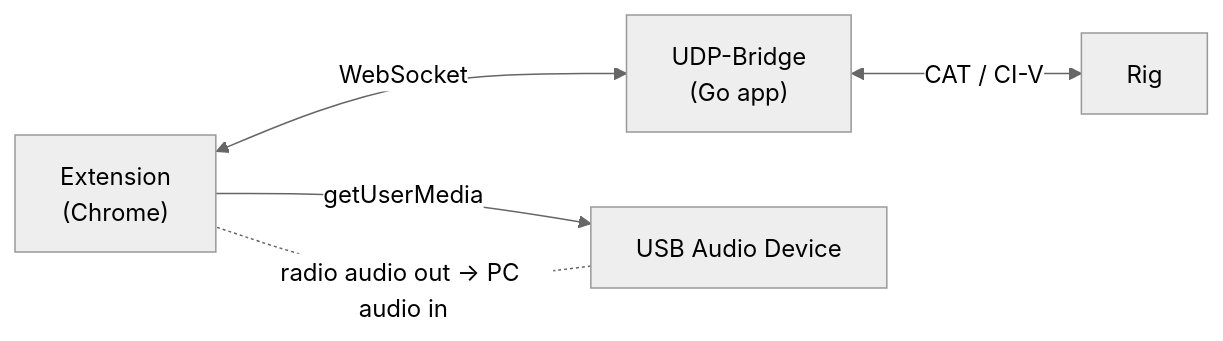
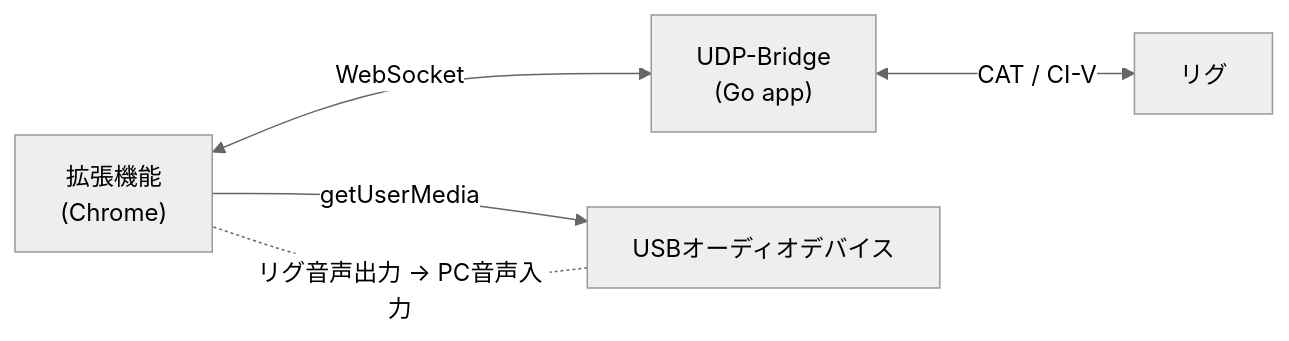
The diagram in README.md (itcom/ham-radio-recorder), drawn with Mermaid (neutral theme) before and after one commit. The commit also changed other lines of this file and 2 other files, not shown here.

````diff
--- a/README.md
+++ b/README.md
@@ -24,7 +24,7 @@
 ```mermaid
 graph LR
-    A["Extension<br/>(Chrome)"] <-->|WebSocket| B["UDP-Bridge<br/>(Go app)"]
-    B <-->|CAT / CI-V| C["Rig"]
-    A -->|getUserMedia| D["USB Audio Device"]
-    D -.-|"radio audio out → PC audio in"| A
+    A["拡張機能<br/>(Chrome)"] <-->|WebSocket| B["UDP-Bridge<br/>(Go app)"]
+    B <-->|CAT / CI-V| C["リグ"]
+    A -->|getUserMedia| D["USBオーディオデバイス"]
+    D -.-|"リグ音声出力 → PC音声入力"| A
 ```
````
